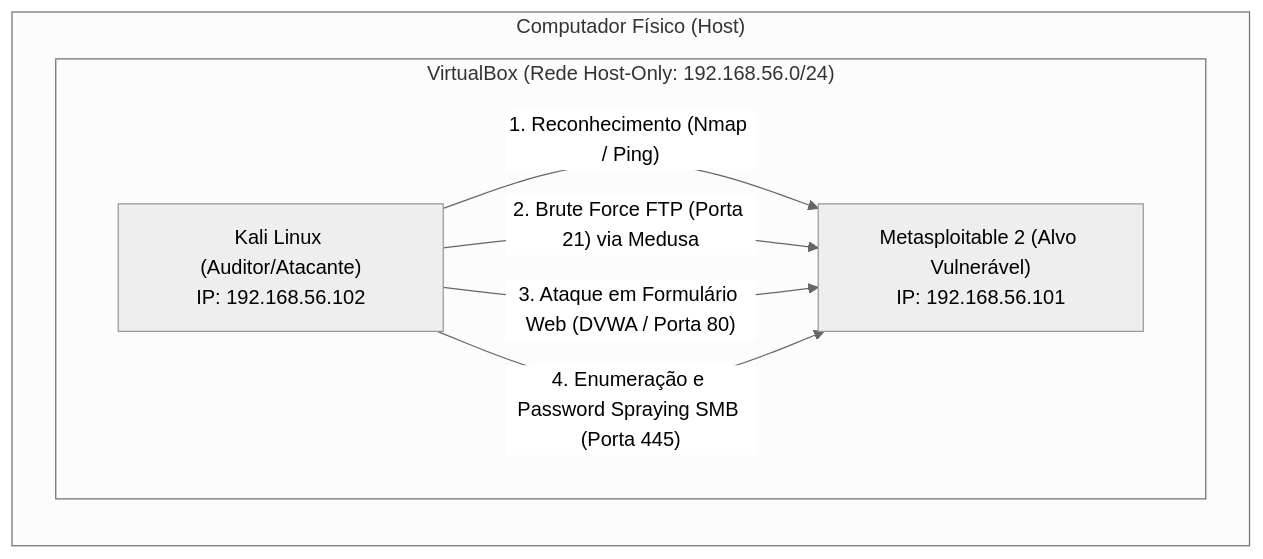
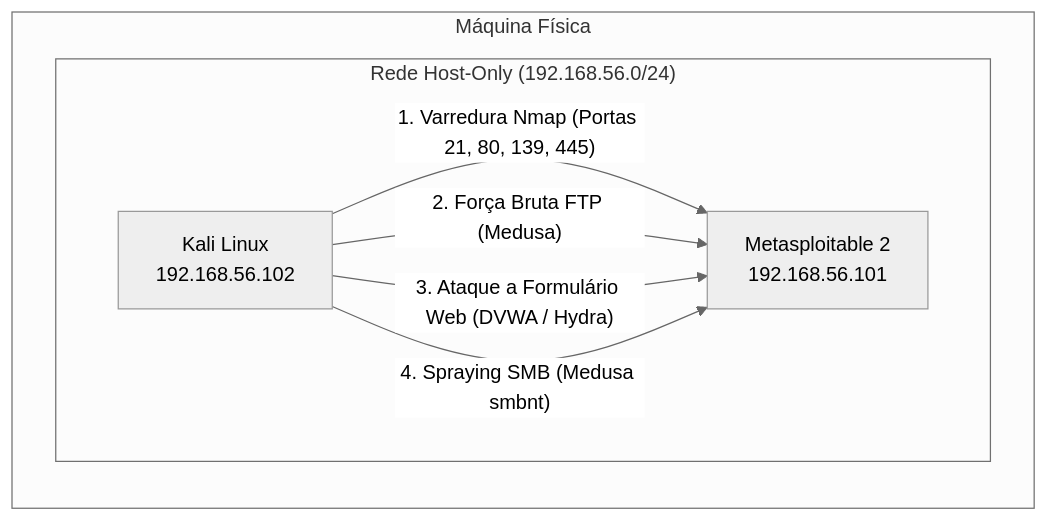
Before and after one commit to lucasrolim96/dio-lab-bruteforce-medusa: the diagram in README.md, drawn with Mermaid (neutral theme). The commit also changed other lines of this file and 10 other files, not shown here.

````diff
--- a/README.md
+++ b/README.md
@@ -44,14 +43,14 @@
 ```mermaid
 flowchart LR
-    subgraph Host["Computador Físico (Host)"]
-        subgraph VirtualBox["VirtualBox (Rede Host-Only: 192.168.56.0/24)"]
-            Kali["Kali Linux (Auditor/Atacante)\nIP: 192.168.56.102"]
-            Target["Metasploitable 2 (Alvo Vulnerável)\nIP: 192.168.56.101"]
+    subgraph Host["Máquina Física"]
+        subgraph VirtualBox["Rede Host-Only (192.168.56.0/24)"]
+            Kali["Kali Linux\n192.168.56.102"]
+            Target["Metasploitable 2\n192.168.56.101"]
         end
     end
 
-    Kali -->|"1. Reconhecimento (Nmap / Ping)"| Target
-    Kali -->|"2. Brute Force FTP (Porta 21) via Medusa"| Target
-    Kali -->|"3. Ataque em Formulário Web (DVWA / Porta 80)"| Target
-    Kali -->|"4. Enumeração e Password Spraying SMB (Porta 445)"| Target
+    Kali -->|"1. Varredura Nmap (Portas 21, 80, 139, 445)"| Target
+    Kali -->|"2. Força Bruta FTP (Medusa)"| Target
+    Kali -->|"3. Ataque a Formulário Web (DVWA / Hydra)"| Target
+    Kali -->|"4. Spraying SMB (Medusa smbnt)"| Target
 ```
````
